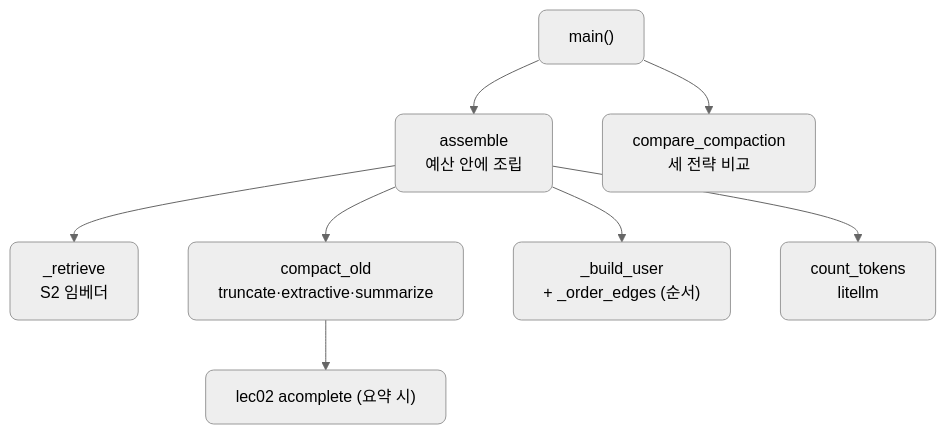
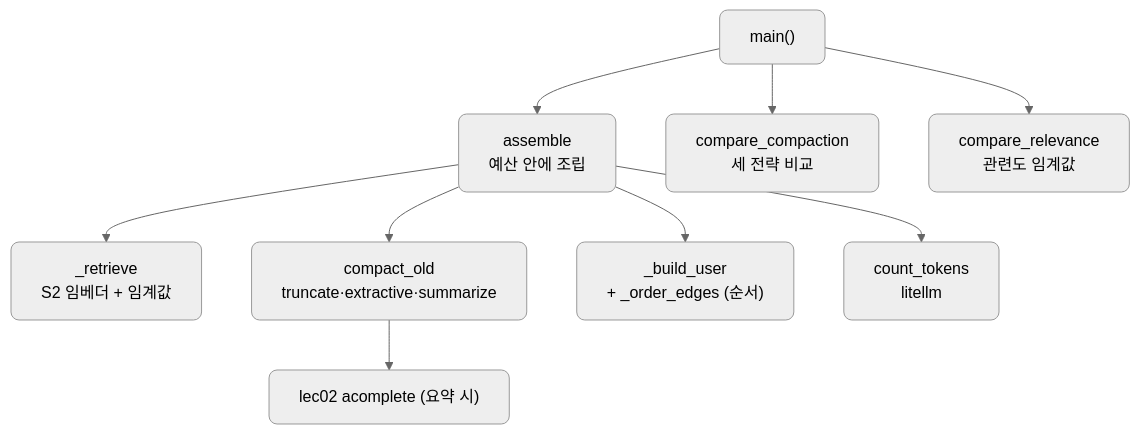
The fifth of 5 diagrams in docs/section4/lec01/README.md (CodeCompose7/ai_service_engineering), drawn with Mermaid (neutral theme) before and after one commit. The commit also changed other lines of this file and 1 other file, not shown here.

First line of the commit message:
lec01 보강: 관련도 임계값 — "더 넣는 게 늘 좋은 건 아니다"

````diff
--- a/docs/section4/lec01/README.md
+++ b/docs/section4/lec01/README.md
@@ -111,12 +133,13 @@
 ```mermaid
 flowchart TB
   MAIN["main()"]
   MAIN --> ASM["assemble<br/>예산 안에 조립"]
   MAIN --> CC["compare_compaction<br/>세 전략 비교"]
-  ASM --> RET["_retrieve<br/>S2 임베더"]
+  MAIN --> CR["compare_relevance<br/>관련도 임계값"]
+  ASM --> RET["_retrieve<br/>S2 임베더 + 임계값"]
   ASM --> CO["compact_old<br/>truncate·extractive·summarize"]
   ASM --> BU["_build_user<br/>+ _order_edges (순서)"]
   ASM --> TOK["count_tokens<br/>litellm"]
   CO --> ALM["lec02 acomplete (요약 시)"]
   classDef default rx:8,ry:8;
 ```
````
